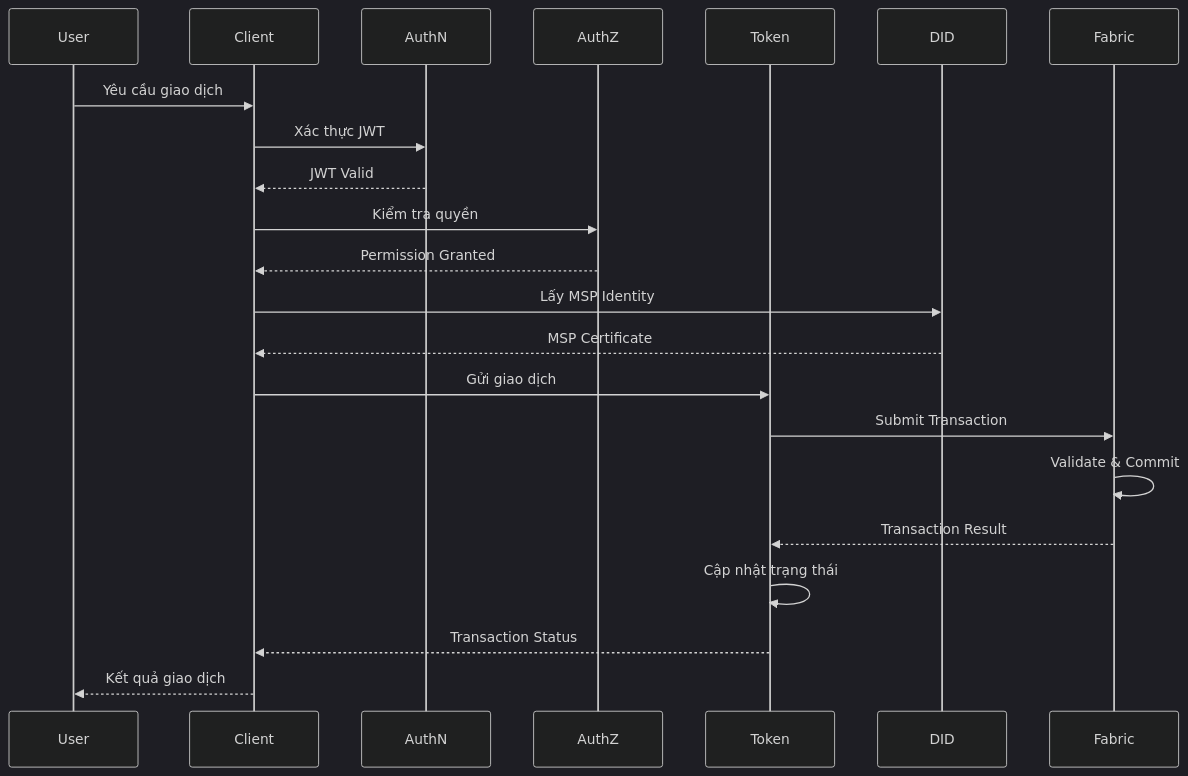
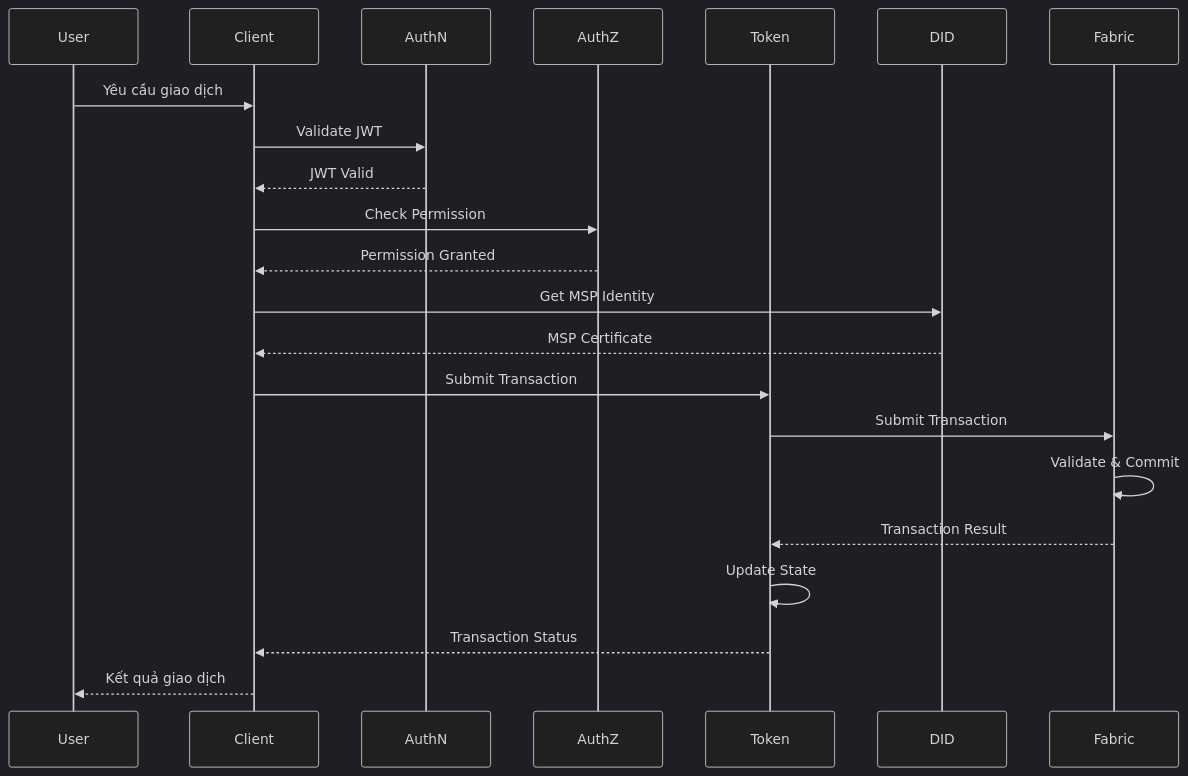
One commit to metafi-blockchain/metafi-digital-assets-service changed the third of 8 diagrams in docs/rd.vi.md. Above: the diagram before and after it, drawn with Mermaid (dark theme). The commit also changed other lines of this file, not shown here.

````diff
--- a/docs/rd.vi.md
+++ b/docs/rd.vi.md
@@ -70,29 +95,29 @@
 ```mermaid
 sequenceDiagram
     participant User
     participant Client
     participant AuthN
     participant AuthZ
     participant Token
     participant DID
     participant Fabric
     
     User->>Client: Yêu cầu giao dịch
-    Client->>AuthN: Xác thực JWT
+    Client->>AuthN: Validate JWT
     AuthN-->>Client: JWT Valid
     
-    Client->>AuthZ: Kiểm tra quyền
+    Client->>AuthZ: Check Permission
     AuthZ-->>Client: Permission Granted
     
-    Client->>DID: Lấy MSP Identity
+    Client->>DID: Get MSP Identity
     DID-->>Client: MSP Certificate
     
-    Client->>Token: Gửi giao dịch
+    Client->>Token: Submit Transaction
     Token->>Fabric: Submit Transaction
     Fabric->>Fabric: Validate & Commit
     Fabric-->>Token: Transaction Result
     
-    Token->>Token: Cập nhật trạng thái
+    Token->>Token: Update State
     Token-->>Client: Transaction Status
     Client-->>User: Kết quả giao dịch
 ```
````
